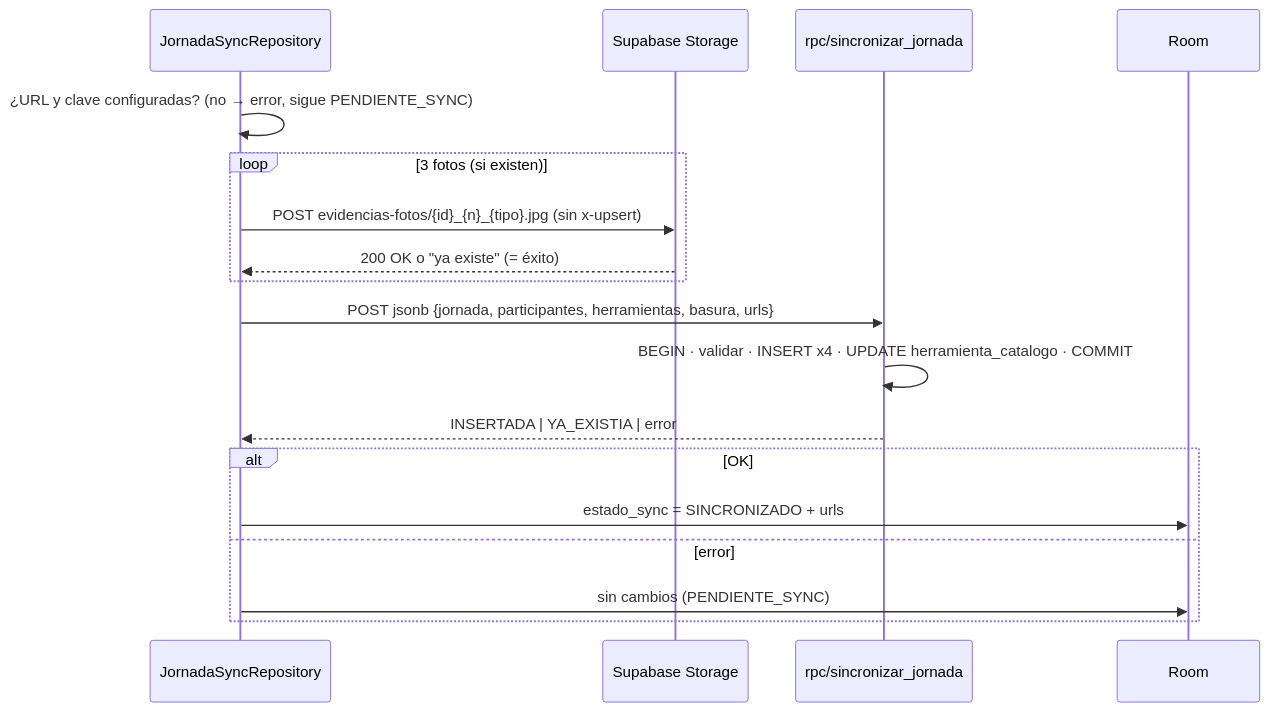
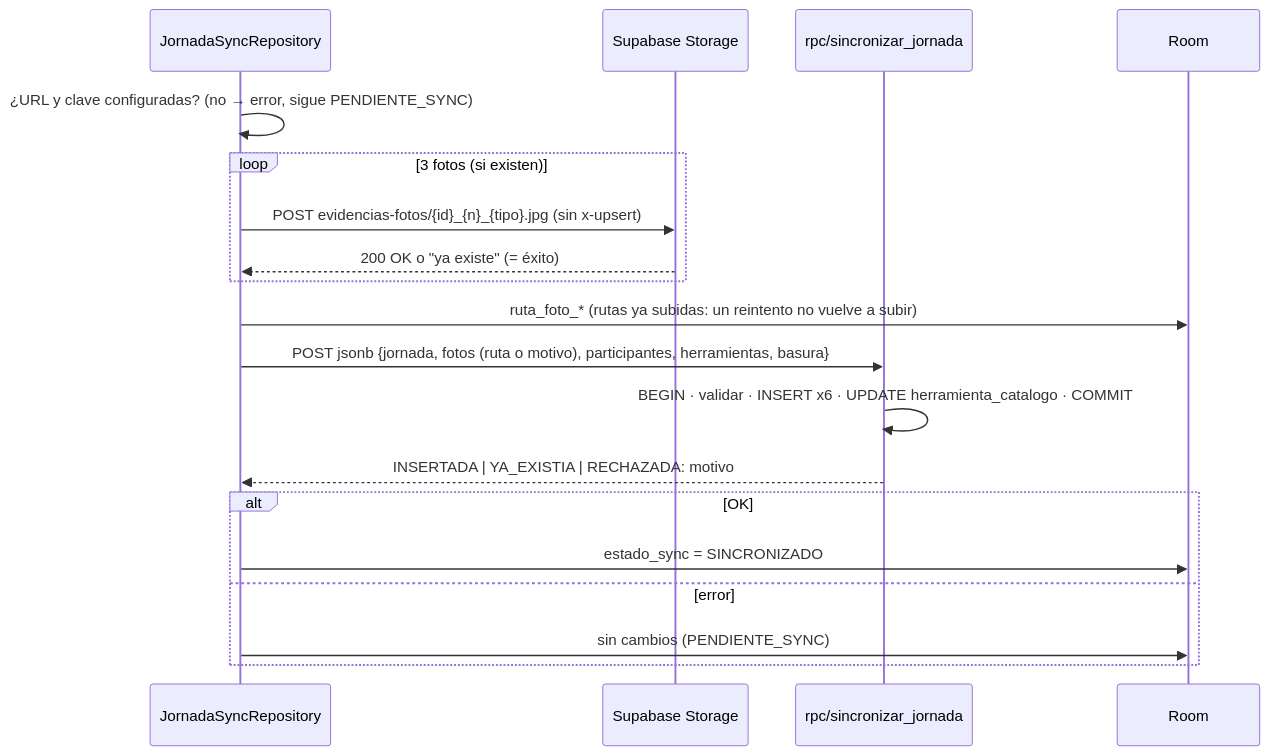
The second of 2 diagrams in docs/ARCHITECTURE.md (sebcorva/DTPL_App), drawn with Mermaid before and after one commit. The commit also changed 27 other files, not shown here.

````diff
--- a/docs/ARCHITECTURE.md
+++ b/docs/ARCHITECTURE.md
@@ -107,21 +107,22 @@
 ```mermaid
 sequenceDiagram
     participant App as JornadaSyncRepository
     participant ST as Supabase Storage
     participant RPC as rpc/sincronizar_jornada
     participant DB as Room
 
     App->>App: ¿URL y clave configuradas? (no → error, sigue PENDIENTE_SYNC)
     loop 3 fotos (si existen)
         App->>ST: POST evidencias-fotos/{id}_{n}_{tipo}.jpg (sin x-upsert)
         ST-->>App: 200 OK o "ya existe" (= éxito)
     end
-    App->>RPC: POST jsonb {jornada, participantes, herramientas, basura, urls}
-    RPC->>RPC: BEGIN · validar · INSERT x4 · UPDATE herramienta_catalogo · COMMIT
-    RPC-->>App: INSERTADA | YA_EXISTIA | error
+    App->>DB: ruta_foto_* (rutas ya subidas: un reintento no vuelve a subir)
+    App->>RPC: POST jsonb {jornada, fotos (ruta o motivo), participantes, herramientas, basura}
+    RPC->>RPC: BEGIN · validar · INSERT x6 · UPDATE herramienta_catalogo · COMMIT
+    RPC-->>App: INSERTADA | YA_EXISTIA | RECHAZADA: motivo
     alt OK
-        App->>DB: estado_sync = SINCRONIZADO + urls
+        App->>DB: estado_sync = SINCRONIZADO
     else error
         App->>DB: sin cambios (PENDIENTE_SYNC)
     end
 ```
````
